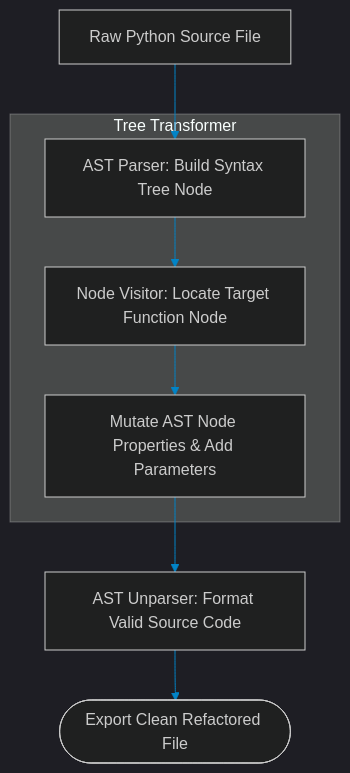
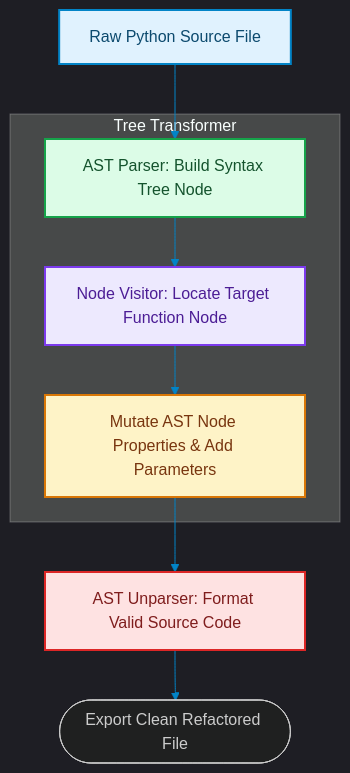
Before and after one commit to akmalkhaniub/akmalkhaniub.github.io: the diagram in blog/posts/autocoding-ast-code-mutation-tree-rewriting.md, drawn with Mermaid. The commit also changed other lines of this file and 1291 other files, not shown here.

First line of the commit message:
feat(catalog): unique covers, scholarly references, and diagram palettes

````diff
--- a/blog/posts/autocoding-ast-code-mutation-tree-rewriting.md
+++ b/blog/posts/autocoding-ast-code-mutation-tree-rewriting.md
@@ -16,13 +16,24 @@
 ```mermaid
 %%{init: {'theme': 'dark', 'themeVariables': { 'primaryColor': '#0284c7', 'primaryTextColor': '#f3f4f6', 'primaryBorderColor': '#38bdf8', 'lineColor': '#0284c7', 'secondaryColor': '#111827', 'tertiaryColor': '#0b0f19'}}}%%
 flowchart TD
-    Source[Raw Python Source File] --> AST[AST Parser: Build Syntax Tree Node]
+    Source["Raw Python Source File"] --> AST["AST Parser: Build Syntax Tree Node"]
     
     subgraph SG1_TreeTransformer ["Tree Transformer"]
-        AST --> Walk[Node Visitor: Locate Target Function Node]
-        Walk --> Mutate[Mutate AST Node Properties & Add Parameters]
+        AST --> Walk["Node Visitor: Locate Target Function Node"]
+        Walk --> Mutate["Mutate AST Node Properties & Add Parameters"]
     end
     
-    Mutate --> Unparse[AST Unparser: Format Valid Source Code]
+    Mutate --> Unparse["AST Unparser: Format Valid Source Code"]
     Unparse --> Output([Export Clean Refactored File])
+
+classDef green fill:#dcfce7,stroke:#16a34a,stroke-width:2px,color:#14532d;
+classDef red fill:#fee2e2,stroke:#dc2626,stroke-width:2px,color:#7f1d1d;
+classDef blue fill:#e0f2fe,stroke:#0284c7,stroke-width:2px,color:#0c4a6e;
+classDef yellow fill:#fef3c7,stroke:#d97706,stroke-width:2px,color:#78350f;
+classDef purple fill:#ede9fe,stroke:#7c3aed,stroke-width:2px,color:#4c1d95;
+class Source blue
+class AST green
+class Walk purple
+class Mutate yellow
+class Unparse red
 ```
````
